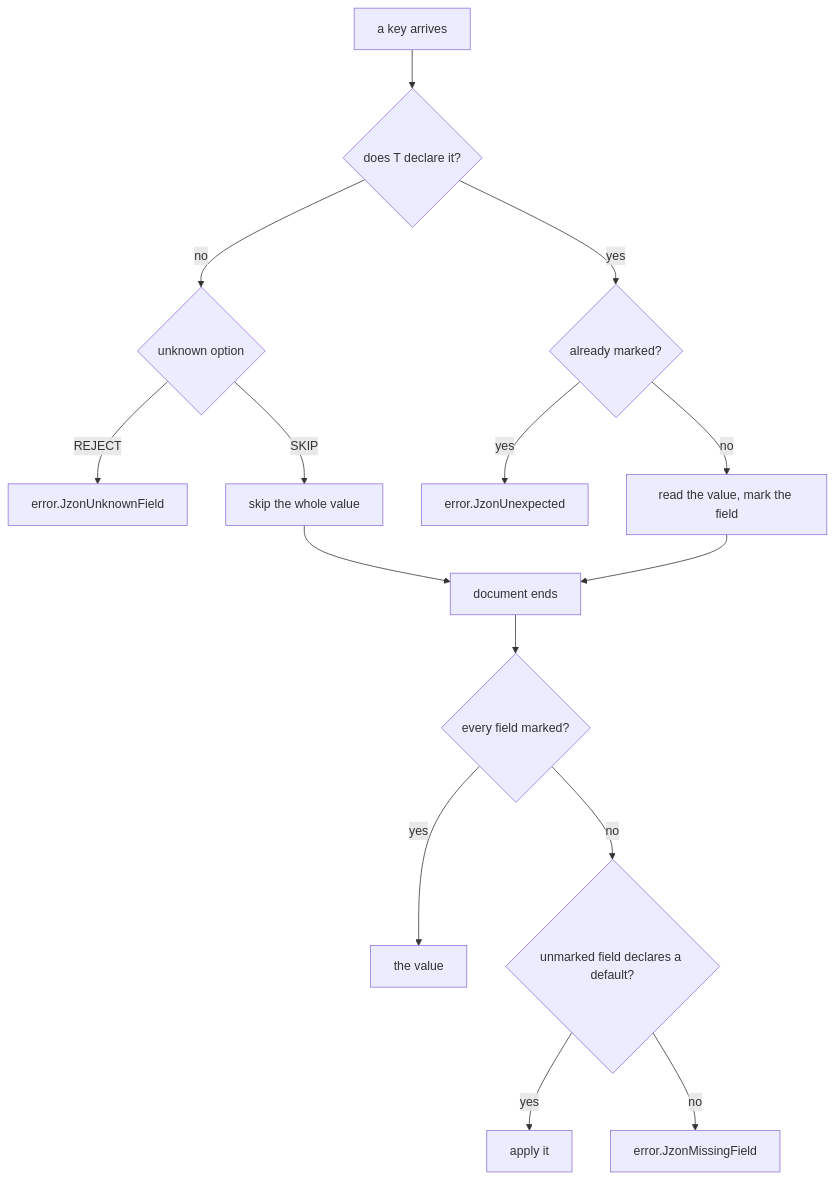
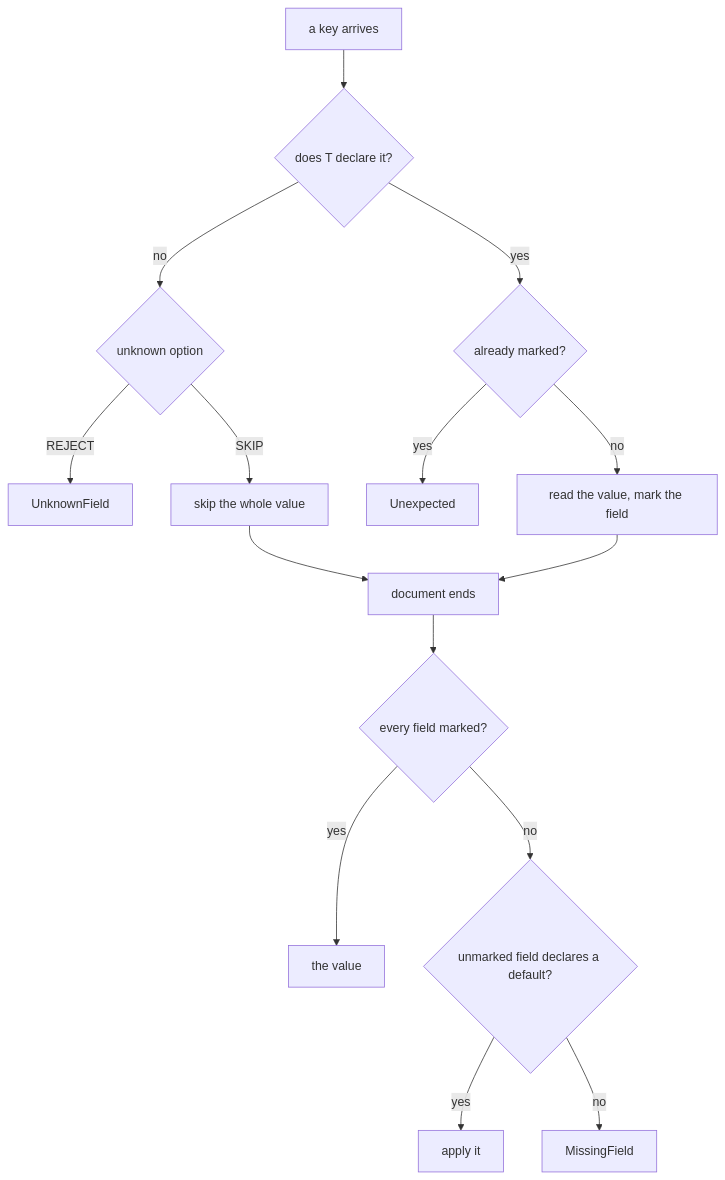
One commit to prothegee/zix changed the diagram in src/jzon/docs/lld-en.md. Above: the diagram before and after it, drawn with Mermaid. The commit also changed other lines of this file, not shown here.

First line of the commit message:
add the ZON internals to the jzon lld

````diff
--- a/src/jzon/docs/lld-en.md
+++ b/src/jzon/docs/lld-en.md
@@ -133,17 +132,17 @@
 ```mermaid
 flowchart TB
     key[a key arrives] --> known{does T declare it?}
     known -- no --> unknown{unknown option}
-    unknown -- REJECT --> uf[error.JzonUnknownField]
+    unknown -- REJECT --> uf[UnknownField]
     unknown -- SKIP --> step[skip the whole value]
     known -- yes --> seen{already marked?}
-    seen -- yes --> dup[error.JzonUnexpected]
+    seen -- yes --> dup[Unexpected]
     seen -- no --> read[read the value, mark the field]
     read --> done[document ends]
     step --> done
     done --> fill{every field marked?}
     fill -- yes --> ok[the value]
     fill -- no --> def{unmarked field declares a default?}
     def -- yes --> apply[apply it]
-    def -- no --> mf[error.JzonMissingField]
+    def -- no --> mf[MissingField]
 ```
````
